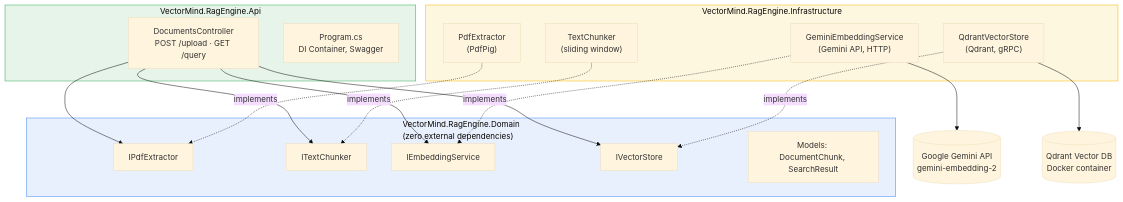
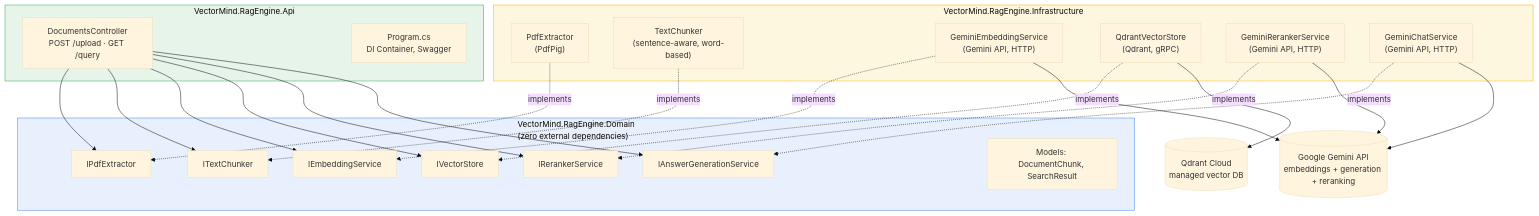
The first of 3 diagrams in README.md (alifasm/VectorMind.RagEngine), drawn with Mermaid (base theme) before and after one commit. The commit also changed other lines of this file, not shown here.

````diff
--- a/README.md
+++ b/README.md
@@ -23,42 +26,52 @@
 ```mermaid
 flowchart TB
     subgraph API["VectorMind.RagEngine.Api"]
         Controller["DocumentsController<br/>POST /upload · GET /query"]
         Program["Program.cs<br/>DI Container, Swagger"]
     end
 
     subgraph Domain["VectorMind.RagEngine.Domain<br/>(zero external dependencies)"]
         IPdf["IPdfExtractor"]
         IChunk["ITextChunker"]
         IEmbed["IEmbeddingService"]
         IVector["IVectorStore"]
+        IRerank["IRerankerService"]
+        IAnswer["IAnswerGenerationService"]
         Models["Models: DocumentChunk, SearchResult"]
     end
 
     subgraph Infra["VectorMind.RagEngine.Infrastructure"]
         PdfImpl["PdfExtractor<br/>(PdfPig)"]
-        ChunkImpl["TextChunker<br/>(sliding window)"]
+        ChunkImpl["TextChunker<br/>(sentence-aware, word-based)"]
         EmbedImpl["GeminiEmbeddingService<br/>(Gemini API, HTTP)"]
         VectorImpl["QdrantVectorStore<br/>(Qdrant, gRPC)"]
+        RerankImpl["GeminiRerankerService<br/>(Gemini API, HTTP)"]
+        AnswerImpl["GeminiChatService<br/>(Gemini API, HTTP)"]
     end
 
-    Gemini[("Google Gemini API<br/>gemini-embedding-2")]
-    Qdrant[("Qdrant Vector DB<br/>Docker container")]
+    Gemini[("Google Gemini API<br/>embeddings + generation + reranking")]
+    Qdrant[("Qdrant Cloud<br/>managed vector DB")]
 
     Controller --> IPdf
     Controller --> IChunk
     Controller --> IEmbed
     Controller --> IVector
+    Controller --> IRerank
+    Controller --> IAnswer
 
     PdfImpl -.implements.-> IPdf
     ChunkImpl -.implements.-> IChunk
     EmbedImpl -.implements.-> IEmbed
     VectorImpl -.implements.-> IVector
+    RerankImpl -.implements.-> IRerank
+    AnswerImpl -.implements.-> IAnswer
 
     EmbedImpl --> Gemini
+    RerankImpl --> Gemini
+    AnswerImpl --> Gemini
     VectorImpl --> Qdrant
 
     style Domain fill:#e8f0fe,stroke:#4285f4
     style Infra fill:#fef7e0,stroke:#f4b400
     style API fill:#e6f4ea,stroke:#34a853
 ```
````
